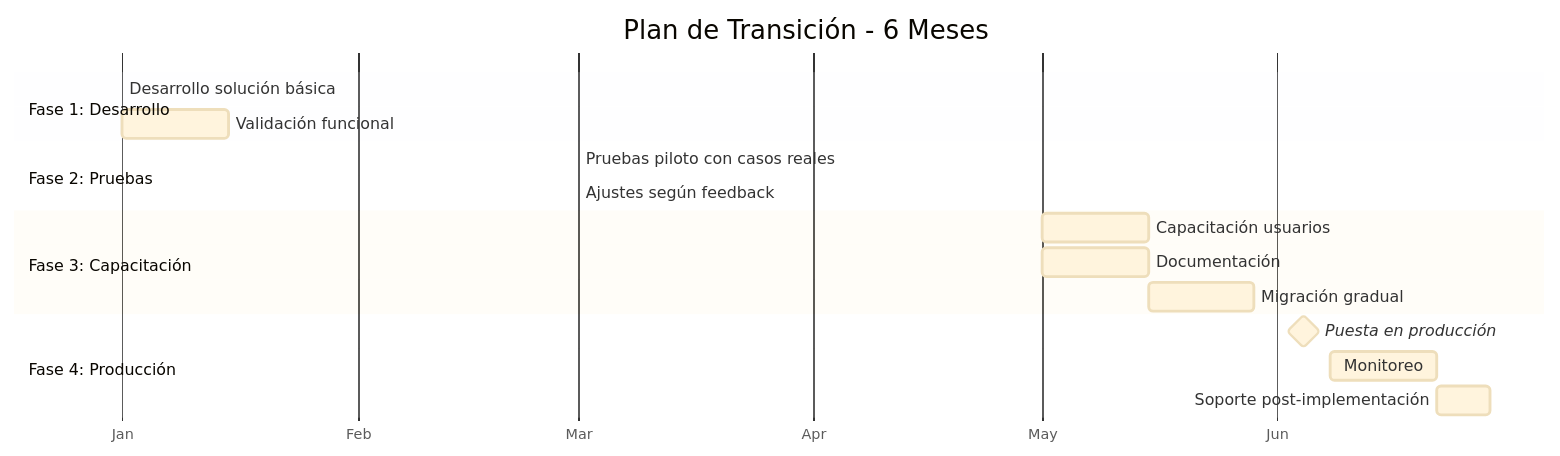
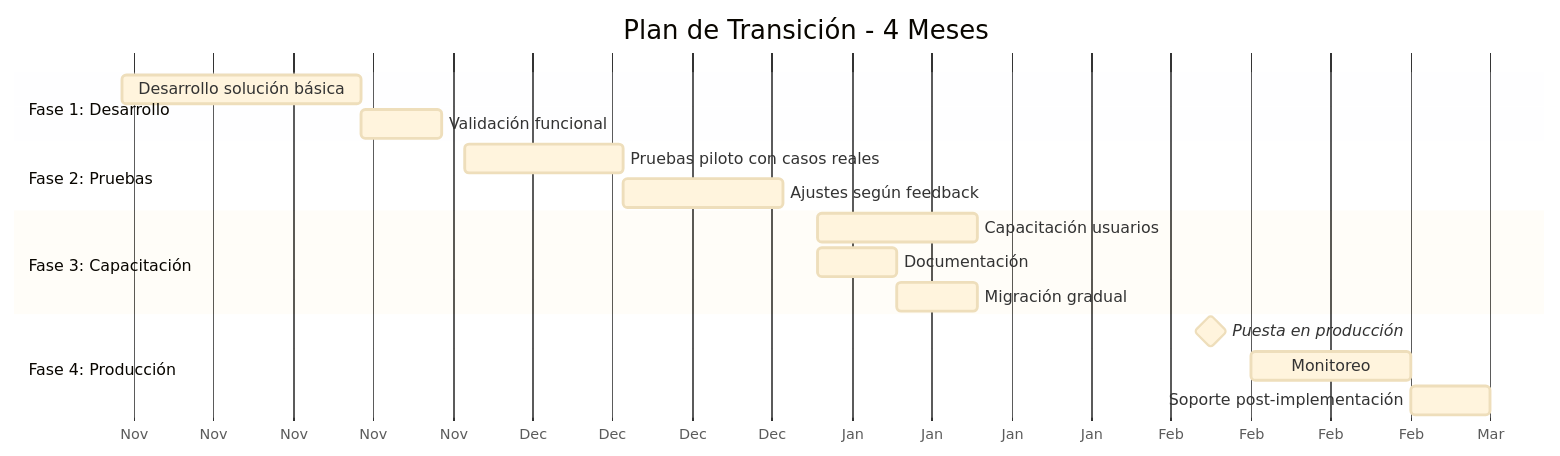
The diagram in docs/pdd/diagrams/roadmap-transicion.mmd (anders2D/email-domain-migration-processor), drawn with Mermaid before and after one commit. The commit also changed 40 other files, not shown here.

```diff
--- a/docs/pdd/diagrams/roadmap-transicion.mmd
+++ b/docs/pdd/diagrams/roadmap-transicion.mmd
@@ -1,23 +1,23 @@
 %%{init: {'theme':'base'}}%%
 gantt
-    title Plan de Transición - 6 Meses
+    title Plan de Transición - 4 Meses
     dateFormat YYYY-MM
     axisFormat %b
     
     section Fase 1: Desarrollo
-    Desarrollo solución básica           :f1a, 2024-01, 2m
-    Validación funcional                 :f1b, after f1a, 2w
+    Desarrollo solución básica           :f1a, 2025-11, 3w
+    Validación funcional                 :f1b, after f1a, 1w
     
     section Fase 2: Pruebas
-    Pruebas piloto con casos reales      :f2a, 2024-03, 1m
-    Ajustes según feedback               :f2b, after f2a, 1m
+    Pruebas piloto con casos reales      :f2a, 2025-12, 2w
+    Ajustes según feedback               :f2b, after f2a, 2w
     
     section Fase 3: Capacitación
-    Capacitación usuarios                :f3a, 2024-05, 2w
-    Documentación                        :f3b, 2024-05, 2w
-    Migración gradual                    :f3c, after f3b, 2w
+    Capacitación usuarios                :f3a, 2026-01, 2w
+    Documentación                        :f3b, 2026-01, 1w
+    Migración gradual                    :f3c, after f3b, 1w
     
     section Fase 4: Producción
-    Puesta en producción                 :milestone, f4a, 2024-06, 1w
+    Puesta en producción                 :milestone, f4a, 2026-02, 1w
     Monitoreo                            :f4b, after f4a, 2w
     Soporte post-implementación          :f4c, after f4b, 1w
```
